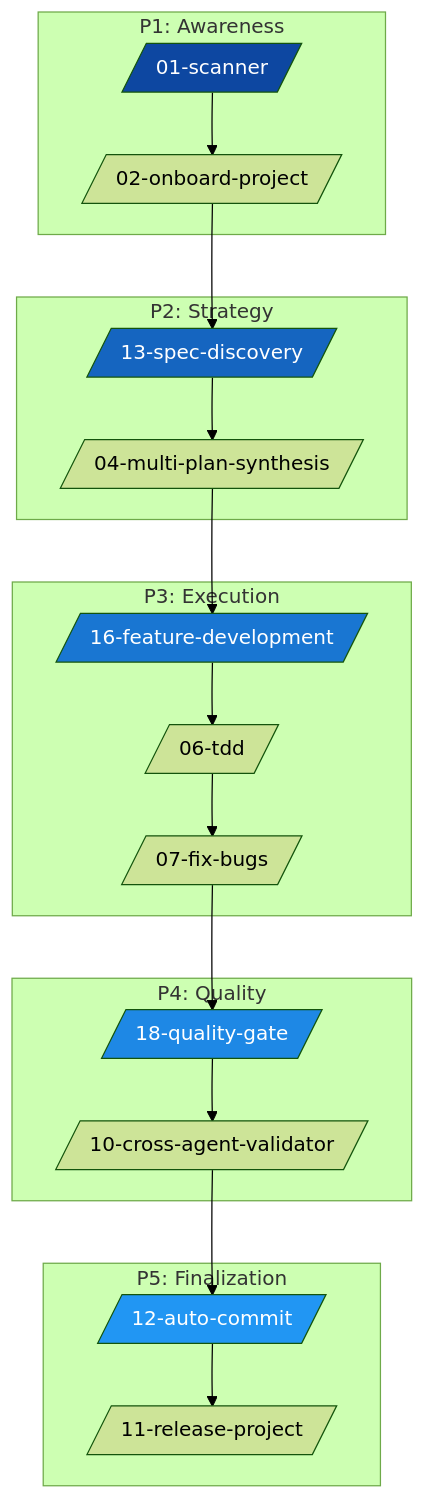
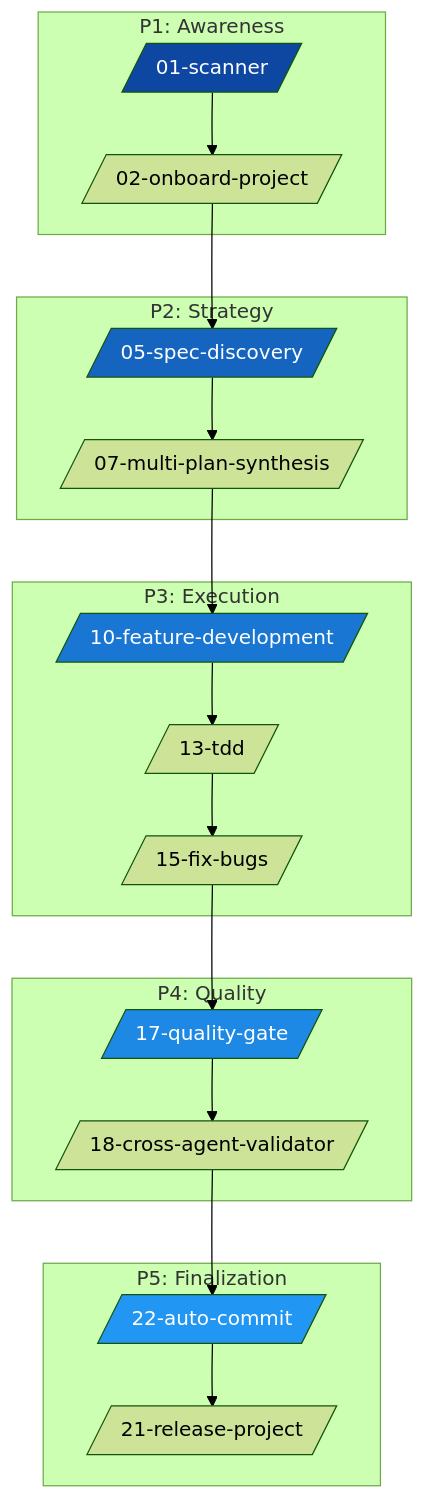
One commit to FartinCat/Antigravity-Agent changed the diagram in README.md. Above: the diagram before and after it, drawn with Mermaid (forest theme). The commit also changed other lines of this file and 11 other files, not shown here.

````diff
--- a/README.md
+++ b/README.md
@@ -58,34 +58,34 @@
 ```mermaid
 graph TD
     subgraph P1: Awareness
     A1[/01-scanner/] --> A2[/02-onboard-project/]
     end
     
     subgraph P2: Strategy
-    S1[/13-spec-discovery/] --> S2[/04-multi-plan-synthesis/]
+    S1[/05-spec-discovery/] --> S2[/07-multi-plan-synthesis/]
     end
     
     subgraph P3: Execution
-    E1[/16-feature-development/] --> E2[/06-tdd/]
-    E2 --> E3[/07-fix-bugs/]
+    E1[/10-feature-development/] --> E2[/13-tdd/]
+    E2 --> E3[/15-fix-bugs/]
     end
     
     subgraph P4: Quality
-    Q1[/18-quality-gate/] --> Q2[/10-cross-agent-validator/]
+    Q1[/17-quality-gate/] --> Q2[/18-cross-agent-validator/]
     end
     
     subgraph P5: Finalization
-    F1[/12-auto-commit/] --> F2[/11-release-project/]
+    F1[/22-auto-commit/] --> F2[/21-release-project/]
     end
 
     A2 --> S1
     S2 --> E1
     E3 --> Q1
     Q2 --> F1
     
     style A1 fill:#0d47a1,color:#fff
     style S1 fill:#1565c0,color:#fff
     style E1 fill:#1976d2,color:#fff
     style Q1 fill:#1e88e5,color:#fff
     style F1 fill:#2196f3,color:#fff
 ```
````
